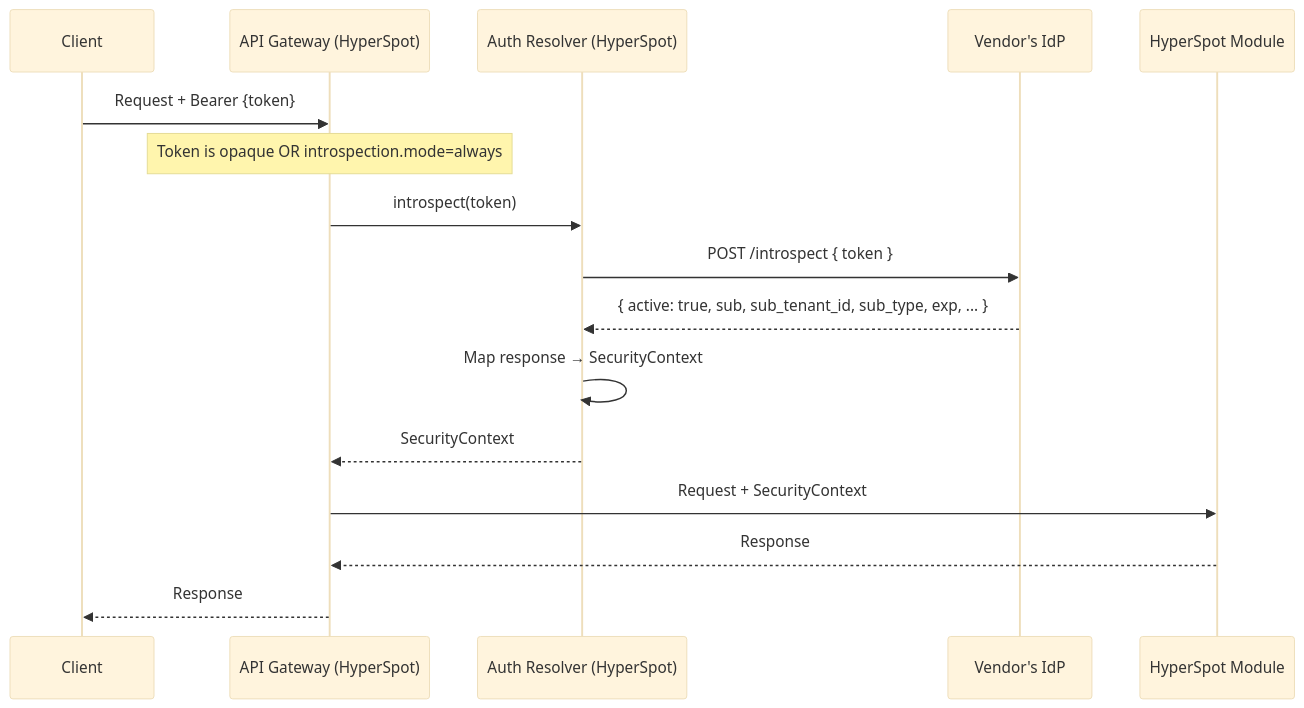
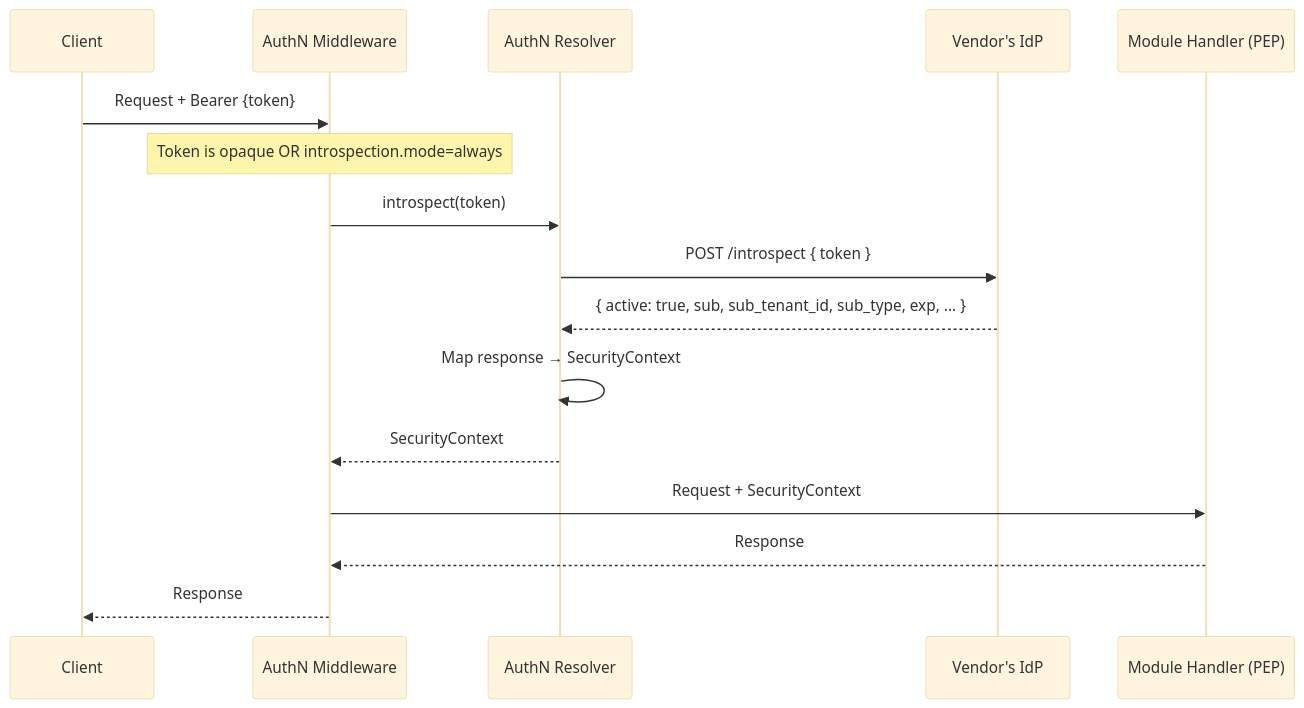
Before and after one commit to aviator5/hyperspot: the fourth of 5 diagrams in docs/authorization/AUTH.md, drawn with Mermaid (base theme). The commit also changed other lines of this file and 4 other files, not shown here.

Commit message:
split Auth Resolver into AuthN Resolver and AuthZ Resolver

````diff
--- a/docs/authorization/AUTH.md
+++ b/docs/authorization/AUTH.md
@@ -373,21 +457,21 @@
 ```mermaid
 sequenceDiagram
     participant Client
-    participant Gateway as API Gateway (HyperSpot)
-    participant AuthResolver as Auth Resolver (HyperSpot)
+    participant Middleware as AuthN Middleware
+    participant AuthN as AuthN Resolver
     participant IdP as Vendor's IdP
-    participant Module as HyperSpot Module
+    participant Handler as Module Handler (PEP)
 
-    Client->>Gateway: Request + Bearer {token}
+    Client->>Middleware: Request + Bearer {token}
 
-    Note over Gateway: Token is opaque OR introspection.mode=always
+    Note over Middleware: Token is opaque OR introspection.mode=always
 
-    Gateway->>AuthResolver: introspect(token)
-    AuthResolver->>IdP: POST /introspect { token }
-    IdP-->>AuthResolver: { active: true, sub, sub_tenant_id, sub_type, exp, ... }
-    AuthResolver->>AuthResolver: Map response → SecurityContext
-    AuthResolver-->>Gateway: SecurityContext
-    Gateway->>Module: Request + SecurityContext
-    Module-->>Gateway: Response
-    Gateway-->>Client: Response
+    Middleware->>AuthN: introspect(token)
+    AuthN->>IdP: POST /introspect { token }
+    IdP-->>AuthN: { active: true, sub, sub_tenant_id, sub_type, exp, ... }
+    AuthN->>AuthN: Map response → SecurityContext
+    AuthN-->>Middleware: SecurityContext
+    Middleware->>Handler: Request + SecurityContext
+    Handler-->>Middleware: Response
+    Middleware-->>Client: Response
 ```
````
